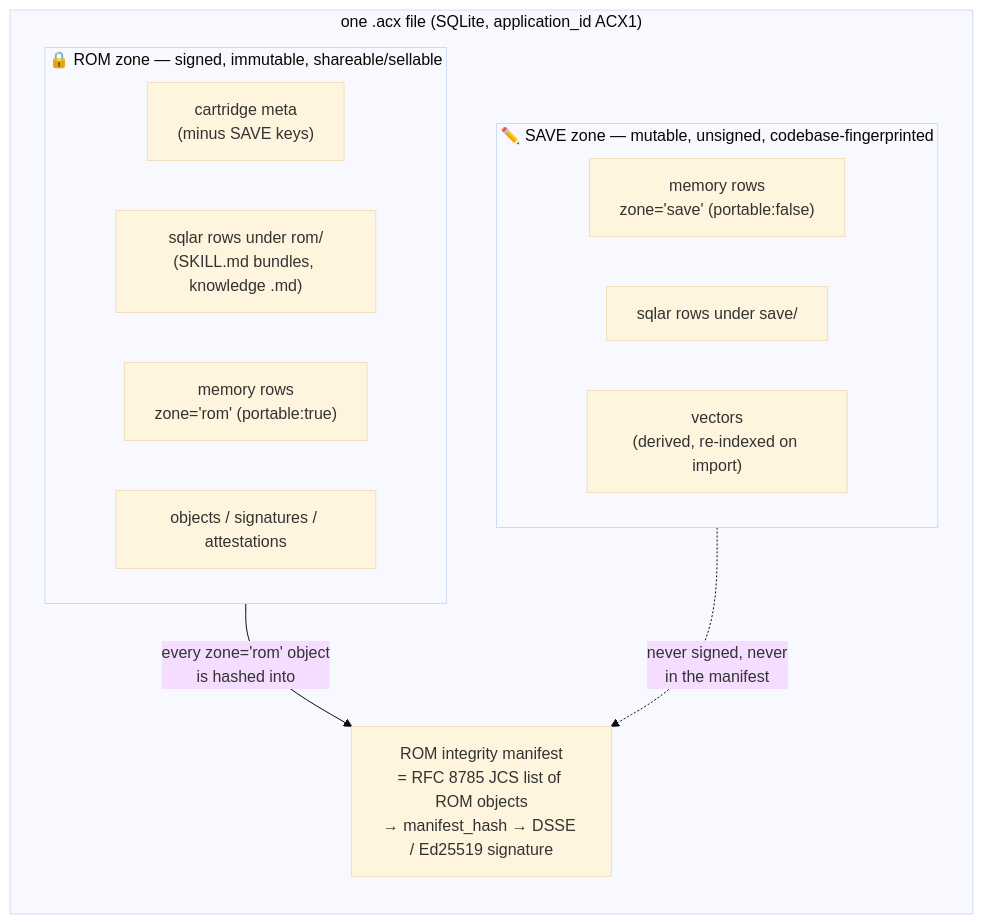
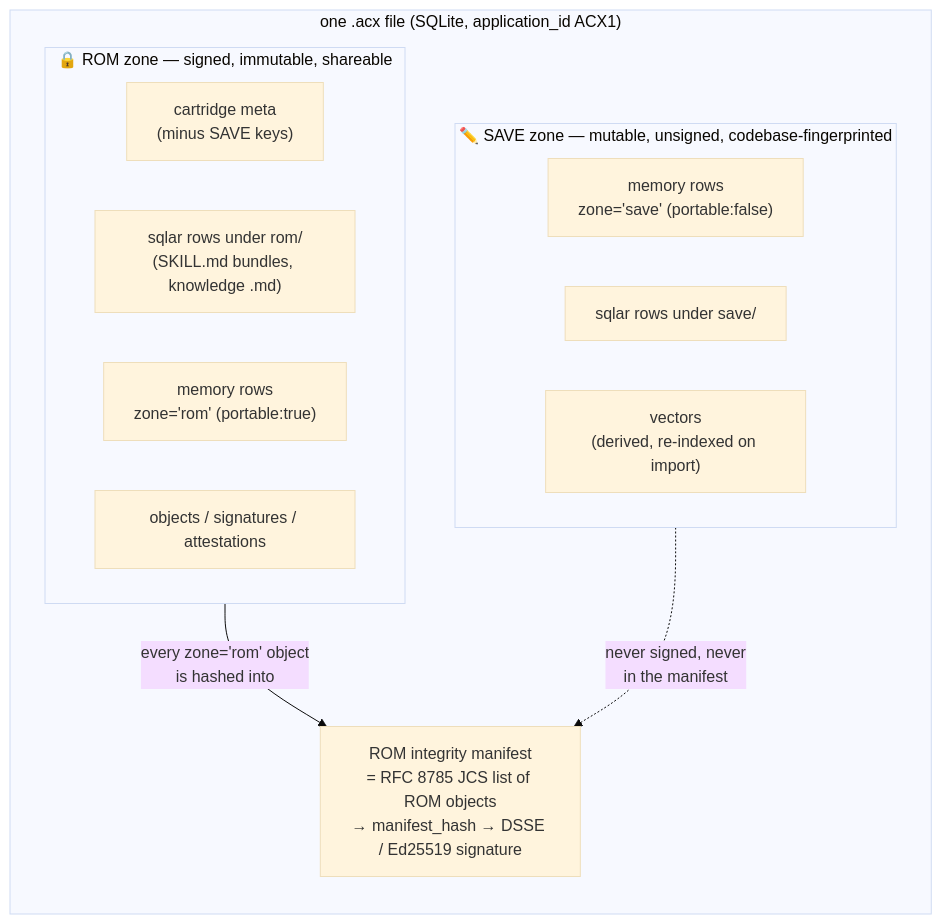
The first of 2 diagrams in docs-site/docs/concepts/cartridge-model.md (lboel/acx), drawn with Mermaid (base theme) before and after one commit. The commit also changed other lines of this file and 108 other files, not shown here.

````diff
--- a/docs-site/docs/concepts/cartridge-model.md
+++ b/docs-site/docs/concepts/cartridge-model.md
@@ -31,22 +37,22 @@
 ```mermaid
 flowchart TB
   subgraph ACX["one .acx file (SQLite, application_id ACX1)"]
     direction TB
-    subgraph ROM["🔒 ROM zone — signed, immutable, shareable/sellable"]
+    subgraph ROM["🔒 ROM zone — signed, immutable, shareable"]
       direction LR
       R1["cartridge meta<br/>(minus SAVE keys)"]
       R2["sqlar rows under rom/<br/>(SKILL.md bundles, knowledge .md)"]
       R3["memory rows<br/>zone='rom' (portable:true)"]
       R4["objects / signatures / attestations"]
     end
     subgraph SAVE["✏️ SAVE zone — mutable, unsigned, codebase-fingerprinted"]
       direction LR
       S1["memory rows<br/>zone='save' (portable:false)"]
       S2["sqlar rows under save/"]
       S3["vectors<br/>(derived, re-indexed on import)"]
     end
     MANIFEST["ROM integrity manifest<br/>= RFC 8785 JCS list of ROM objects<br/>→ manifest_hash → DSSE / Ed25519 signature"]
   end
   ROM -->|"every zone='rom' object<br/>is hashed into"| MANIFEST
   SAVE -.->|"never signed, never<br/>in the manifest"| MANIFEST
 ```
````
